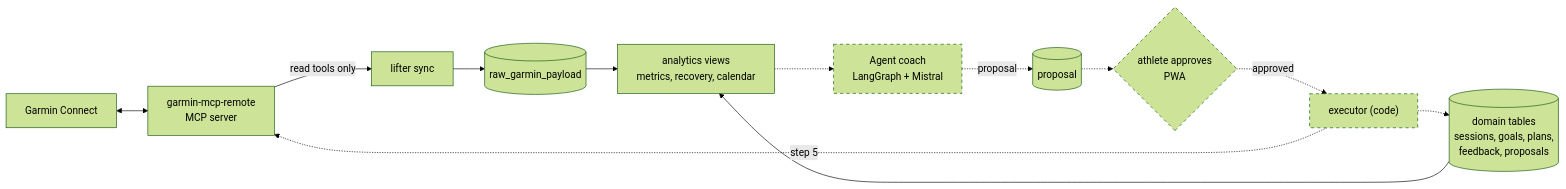
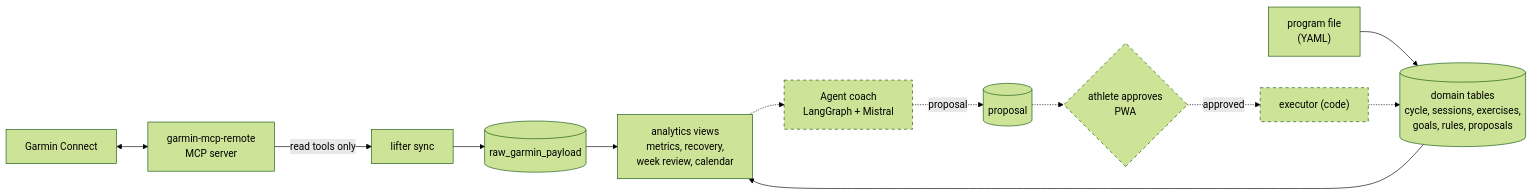
Before and after one commit to gabrielkpo/lifter: the first of 2 diagrams in README.md, drawn with Mermaid (forest theme). The commit also changed other lines of this file and 16 other files, not shown here.

````diff
--- a/README.md
+++ b/README.md
@@ -34,16 +36,16 @@
 ```mermaid
 flowchart LR
     G["Garmin Connect"] <--> M["garmin-mcp-remote<br/>MCP server"]
     M -->|read tools only| S["lifter sync"]
     S --> R[("raw_garmin_payload")]
-    R --> V["analytics views<br/>metrics, recovery, calendar"]
-    D[("domain tables<br/>sessions, goals, plans,<br/>feedback, proposals")] --> V
+    R --> V["analytics views<br/>metrics, recovery,<br/>week review, calendar"]
+    F["program file<br/>(YAML)"] --> D
+    D[("domain tables<br/>cycle, sessions, exercises,<br/>goals, rules, proposals")] --> V
     V -.-> A["Agent coach<br/>LangGraph + Mistral"]
     A -.->|proposal| P[("proposal")]
     P -.-> U{"athlete approves<br/>PWA"}
     U -.->|approved| X["executor (code)"]
     X -.-> D
-    X -.->|step 5| M
     classDef planned stroke-dasharray: 5 5
     class A,U,X planned
 ```
````
